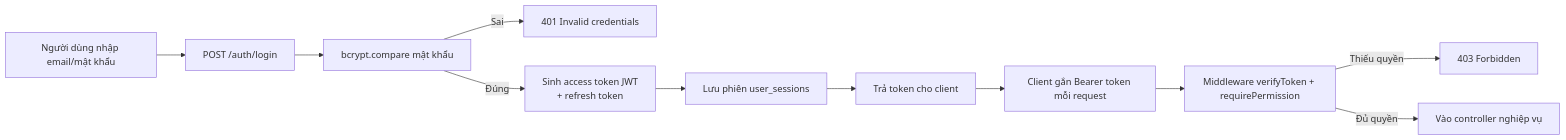
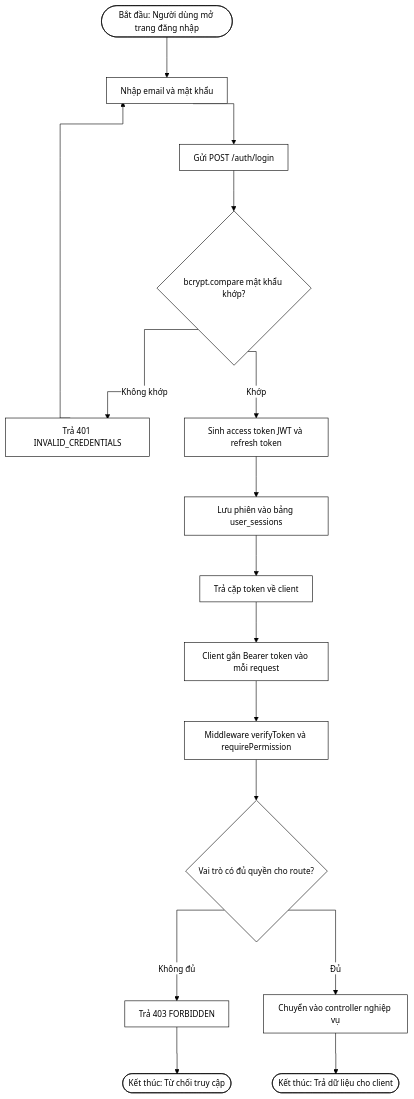
One commit to nguyenthihongnhu-dotcom/luanvan2026 changed the seventh of 54 diagrams in THIET_KE_HE_THONG.md. Above: the diagram before and after it, drawn with Mermaid. The commit also changed other lines of this file and 170 other files, not shown here.

````diff
--- a/THIET_KE_HE_THONG.md
+++ b/THIET_KE_HE_THONG.md
@@ -151,13 +316,41 @@
 ```mermaid
-flowchart LR
-    A[Người dùng nhập email/mật khẩu] --> B[POST /auth/login]
-    B --> C[bcrypt.compare mật khẩu]
-    C -- Sai --> D[401 Invalid credentials]
-    C -- Đúng --> E[Sinh access token JWT<br/>+ refresh token]
-    E --> F[Lưu phiên user_sessions]
-    F --> G[Trả token cho client]
-    G --> H[Client gắn Bearer token mỗi request]
-    H --> I[Middleware verifyToken + requirePermission]
-    I -- Thiếu quyền --> J[403 Forbidden]
-    I -- Đủ quyền --> K[Vào controller nghiệp vụ]
+%%{init: {
+  'theme': 'base',
+  'themeVariables': {
+    'primaryColor': '#ffffff',
+    'primaryBorderColor': '#000000',
+    'primaryTextColor': '#000000',
+    'secondaryColor': '#ffffff',
+    'secondaryBorderColor': '#000000',
+    'secondaryTextColor': '#000000',
+    'tertiaryColor': '#ffffff',
+    'tertiaryBorderColor': '#000000',
+    'tertiaryTextColor': '#000000',
+    'lineColor': '#000000',
+    'textColor': '#000000',
+    'mainBkg': '#ffffff',
+    'nodeBorder': '#000000',
+    'clusterBkg': '#ffffff',
+    'clusterBorder': '#000000',
+    'edgeLabelBackground': '#ffffff',
+    'fontSize': '14px'
+  },
+  'flowchart': { 'curve': 'stepAfter', 'nodeSpacing': 60, 'rankSpacing': 70, 'padding': 12, 'useMaxWidth': false }
+}}%%
+flowchart TD
+    Start(["Bắt đầu: Người dùng mở trang đăng nhập"]) --> A["Nhập email và mật khẩu"]
+    A --> B["Gửi POST /auth/login"]
+    B --> C{"bcrypt.compare mật khẩu khớp?"}
+    C -->|Không khớp| C1["Trả 401 INVALID_CREDENTIALS"]
+    C1 --> A
+    C -->|Khớp| Dn["Sinh access token JWT và refresh token"]
+    Dn --> E["Lưu phiên vào bảng user_sessions"]
+    E --> F["Trả cặp token về client"]
+    F --> G["Client gắn Bearer token vào mỗi request"]
+    G --> H["Middleware verifyToken và requirePermission"]
+    H --> I{"Vai trò có đủ quyền cho route?"}
+    I -->|Không đủ| I1["Trả 403 FORBIDDEN"]
+    I1 --> End1(["Kết thúc: Từ chối truy cập"])
+    I -->|Đủ| J["Chuyển vào controller nghiệp vụ"]
+    J --> End2(["Kết thúc: Trả dữ liệu cho client"])
 ```
````
